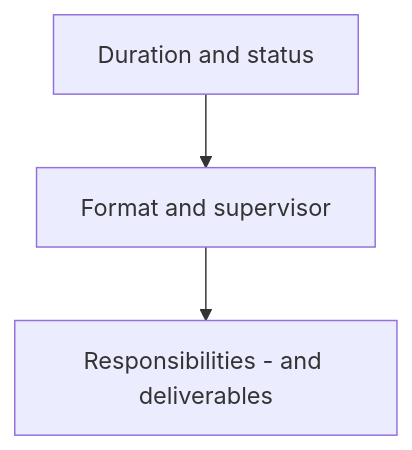
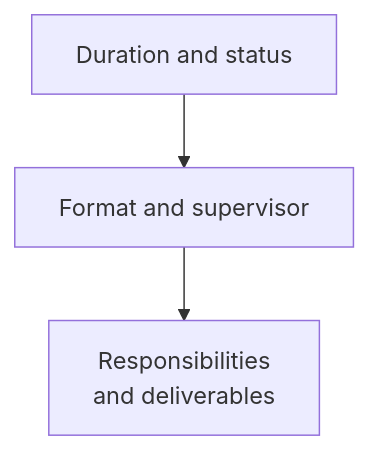
The sixth of 18 diagrams in RIAH-PATHWAY-EXPERIENTIAL-STRUCTURE/EXPERIENTIAL-STRUCTURE.md (RIAHPathway/Website-Draft), drawn with Mermaid before and after one commit. The commit also changed other lines of this file, not shown here.

Commit message:
Fix Mermaid rendering in experiential structure

````diff
--- a/RIAH-PATHWAY-EXPERIENTIAL-STRUCTURE/EXPERIENTIAL-STRUCTURE.md
+++ b/RIAH-PATHWAY-EXPERIENTIAL-STRUCTURE/EXPERIENTIAL-STRUCTURE.md
@@ -527,5 +527,5 @@
 ```mermaid
-flowchart TD
+graph TD
     A["Duration and status"] --> B["Format and supervisor"]
-    B --> C["Responsibilities - and deliverables"]
+    B --> C["Responsibilities<br/>and deliverables"]
 ```
````
